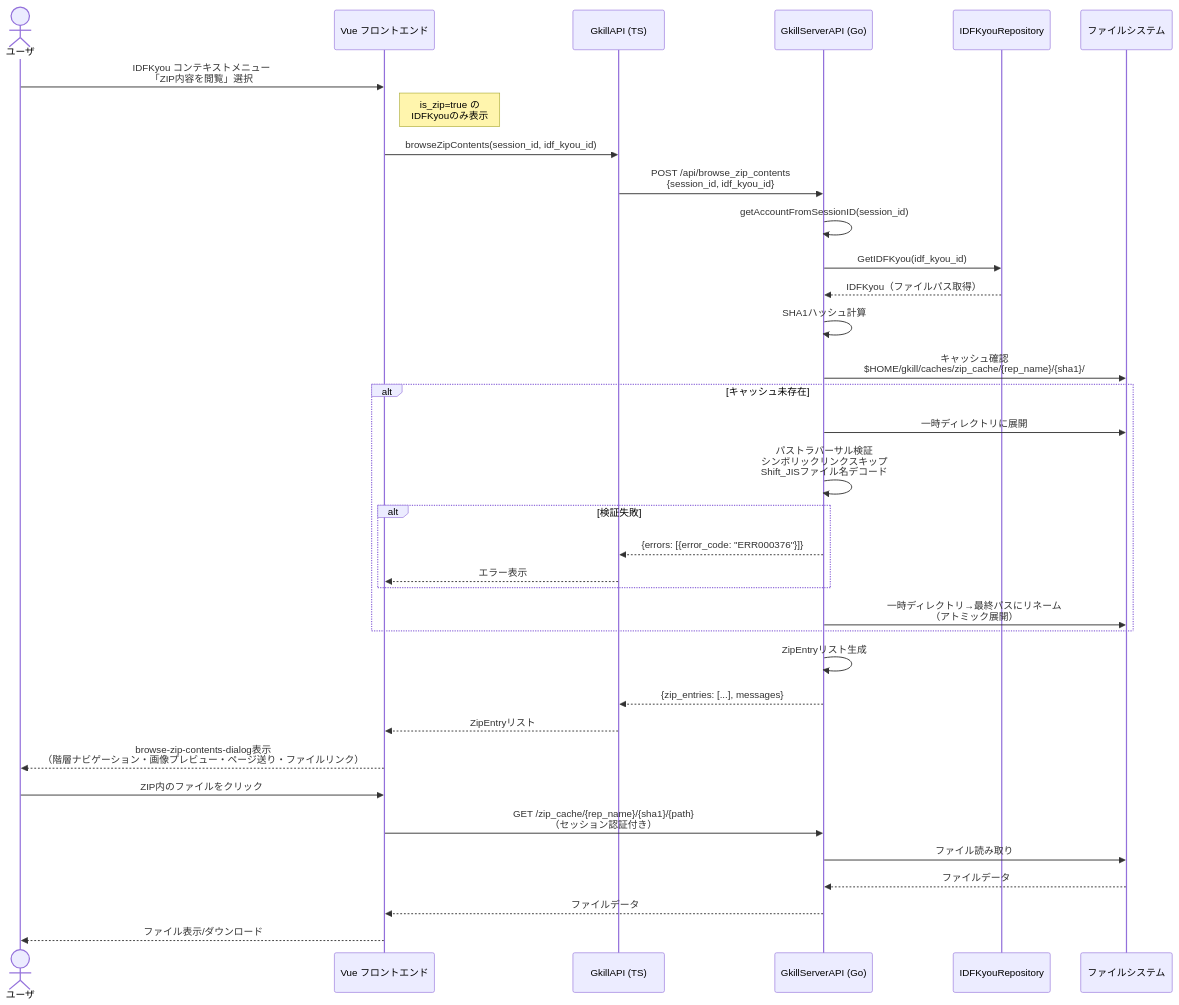
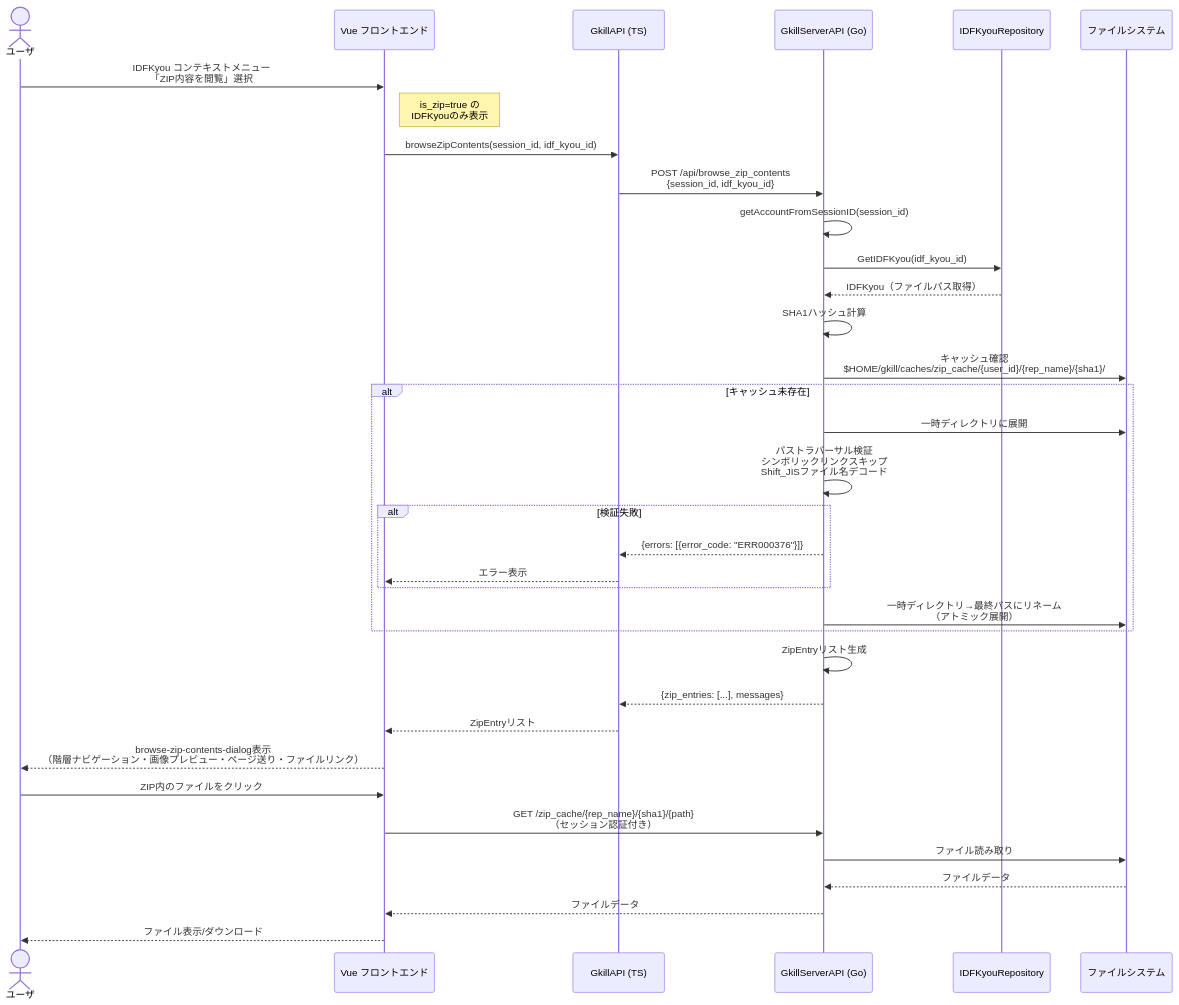
Before and after one commit to mt3hr/gkill: diagram 18 of 29 in documents/reverse/sequence-diagrams.md, drawn with Mermaid. The commit also changed other lines of this file and 62 other files, not shown here.

````diff
--- a/documents/reverse/sequence-diagrams.md
+++ b/documents/reverse/sequence-diagrams.md
@@ -486,41 +546,41 @@
 ```mermaid
 sequenceDiagram
     actor User as ユーザ
     participant UI as Vue フロントエンド
     participant GkillAPI as GkillAPI (TS)
     participant API as GkillServerAPI (Go)
     participant IDFRep as IDFKyouRepository
     participant FS as ファイルシステム
 
     User->>UI: IDFKyou コンテキストメニュー<br>「ZIP内容を閲覧」選択
     Note right of UI: is_zip=true の<br>IDFKyouのみ表示
     UI->>GkillAPI: browseZipContents(session_id, idf_kyou_id)
     GkillAPI->>API: POST /api/browse_zip_contents<br>{session_id, idf_kyou_id}
     API->>API: getAccountFromSessionID(session_id)
     API->>IDFRep: GetIDFKyou(idf_kyou_id)
     IDFRep-->>API: IDFKyou（ファイルパス取得）
     API->>API: SHA1ハッシュ計算
-    API->>FS: キャッシュ確認<br>$HOME/gkill/caches/zip_cache/{rep_name}/{sha1}/
+    API->>FS: キャッシュ確認<br>$HOME/gkill/caches/zip_cache/{user_id}/{rep_name}/{sha1}/
 
     alt キャッシュ未存在
         API->>FS: 一時ディレクトリに展開
         API->>API: パストラバーサル検証<br>シンボリックリンクスキップ<br>Shift_JISファイル名デコード
         alt 検証失敗
             API-->>GkillAPI: {errors: [{error_code: "ERR000376"}]}
             GkillAPI-->>UI: エラー表示
         end
         API->>FS: 一時ディレクトリ→最終パスにリネーム<br>（アトミック展開）
     end
 
     API->>API: ZipEntryリスト生成
     API-->>GkillAPI: {zip_entries: [...], messages}
     GkillAPI-->>UI: ZipEntryリスト
     UI-->>User: browse-zip-contents-dialog表示<br>（階層ナビゲーション・画像プレビュー・ページ送り・ファイルリンク）
 
     User->>UI: ZIP内のファイルをクリック
     UI->>API: GET /zip_cache/{rep_name}/{sha1}/{path}<br>（セッション認証付き）
     API->>FS: ファイル読み取り
     FS-->>API: ファイルデータ
     API-->>UI: ファイルデータ
     UI-->>User: ファイル表示/ダウンロード
 ```
````
